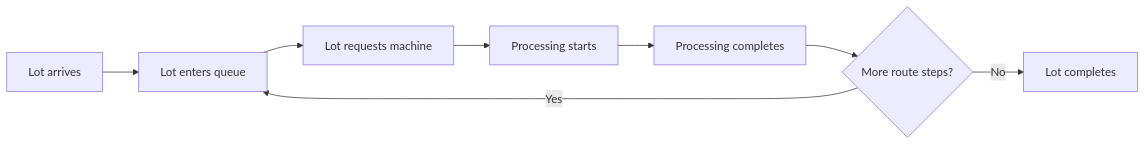
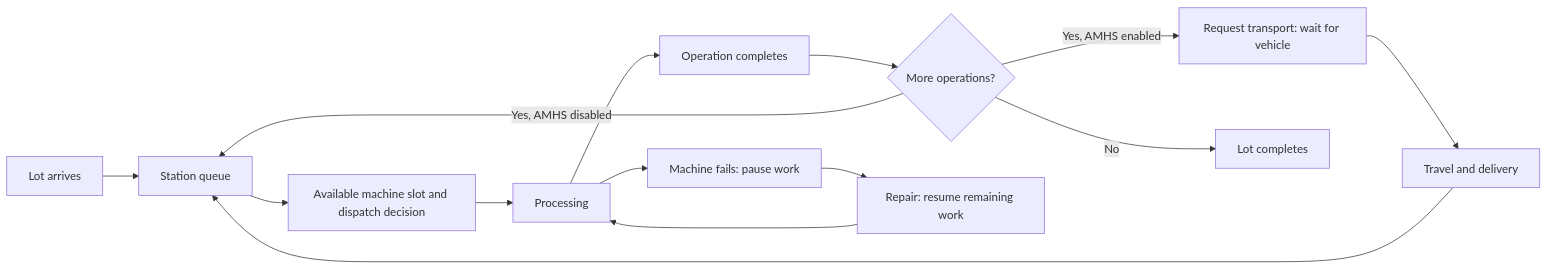
One commit to j22868706/sideproject_fabflow changed the diagram in README.md. Above: the diagram before and after it, drawn with Mermaid. The commit also changed other lines of this file and 32 other files, not shown here.

````diff
--- a/README.md
+++ b/README.md
@@ -85,10 +130,16 @@
 ```mermaid
 flowchart LR
-    A[Lot arrives] --> Q[Lot enters queue]
-    Q --> W[Lot requests machine]
-    W --> P[Processing starts]
-    P --> C[Processing completes]
-    C --> N{More route steps?}
-    N -->|Yes| Q
-    N -->|No| D[Lot completes]
+    A[Lot arrives] --> Q[Station queue]
+    Q --> D[Available machine slot and dispatch decision]
+    D --> P[Processing]
+    P --> C[Operation completes]
+    C --> N{More operations?}
+    N -->|Yes, AMHS enabled| T[Request transport: wait for vehicle]
+    T --> V[Travel and delivery]
+    V --> Q
+    N -->|Yes, AMHS disabled| Q
+    N -->|No| L[Lot completes]
+    P --> F[Machine fails: pause work]
+    F --> R[Repair: resume remaining work]
+    R --> P
 ```
````
